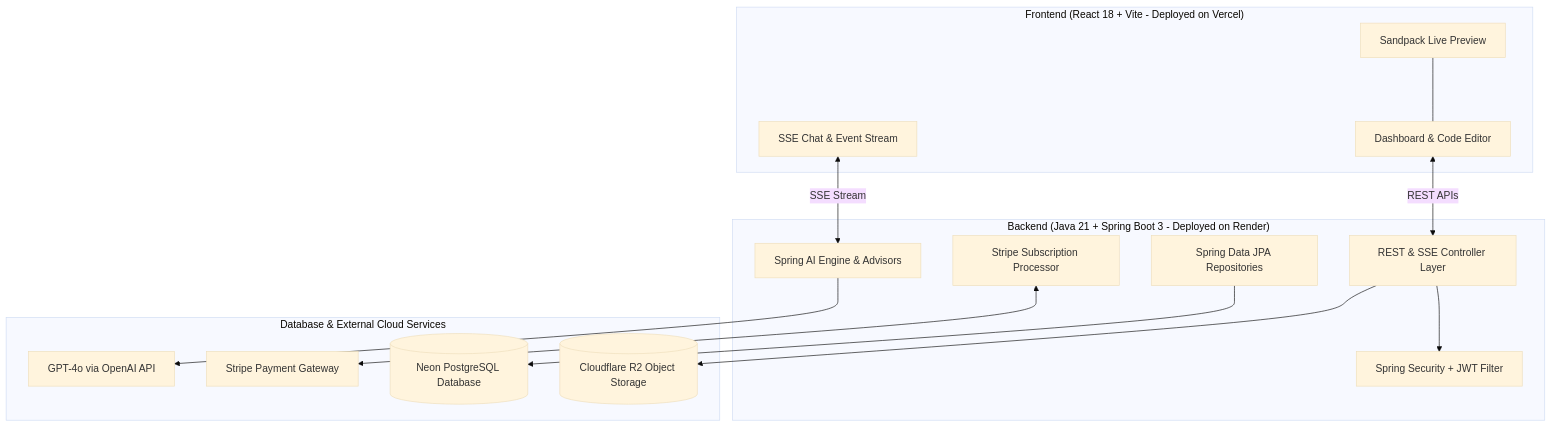
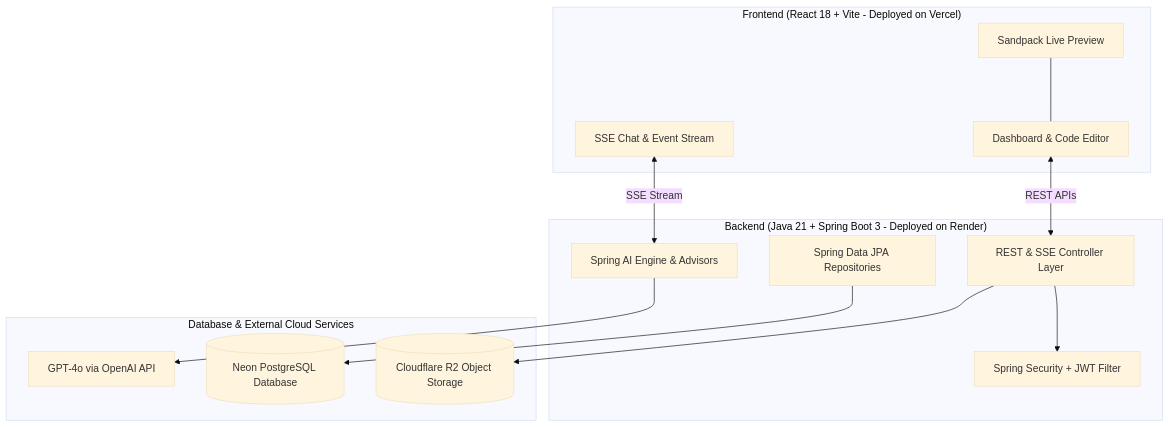
One commit to rayshivam30/AI-Powered-Full-Stack-App-Builder changed the diagram in README.md. Above: the diagram before and after it, drawn with Mermaid (base theme). The commit also changed other lines of this file and 51 other files, not shown here.

Commit message:
Remove subscription and payment features

````diff
--- a/README.md
+++ b/README.md
@@ -169,32 +160,29 @@
 ```mermaid
 graph TD
     subgraph Client ["Frontend (React 18 + Vite - Deployed on Vercel)"]
         UI[Dashboard & Code Editor]
         SP[Sandpack Live Preview]
         Chat[SSE Chat & Event Stream]
     end
 
     subgraph Server ["Backend (Java 21 + Spring Boot 3 - Deployed on Render)"]
         API[REST & SSE Controller Layer]
         Sec[Spring Security + JWT Filter]
         AI[Spring AI Engine & Advisors]
-        Sub[Stripe Subscription Processor]
         DB_Layer[Spring Data JPA Repositories]
     end
 
     subgraph Infrastructure ["Database & External Cloud Services"]
         LLM[GPT-4o via OpenAI API]
-        Stripe[Stripe Payment Gateway]
         Postgres[(Neon PostgreSQL Database)]
         Storage[(Cloudflare R2 Object Storage)]
     end
 
     UI <-->|REST APIs| API
     Chat <-->|SSE Stream| AI
     API --> Sec
     AI --> LLM
-    Sub <--> Stripe
     DB_Layer --> Postgres
     API --> Storage
     SP <--- UI
 ```
````
